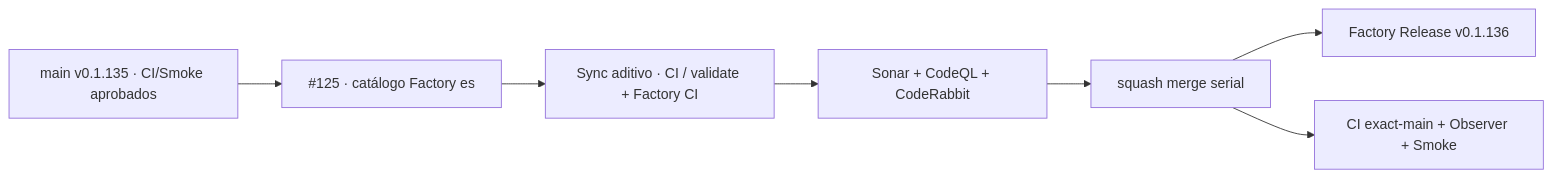
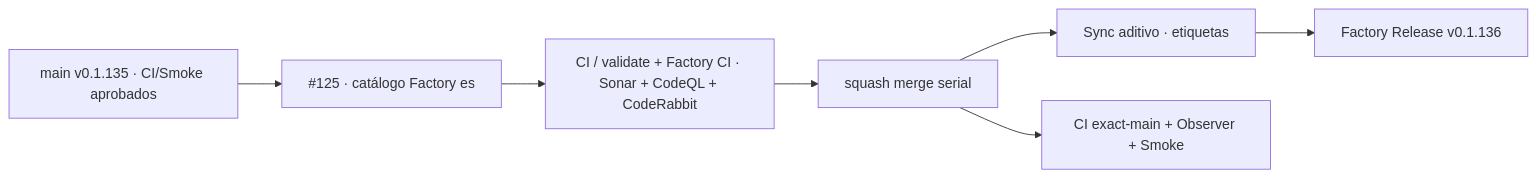
The diagram in README.md (pl0n3r/GrindFlow), drawn with Mermaid before and after one commit. The commit also changed other lines of this file and 1 other file, not shown here.

Commit message:
fix(governance): validar igualdad de dimensiones y documentar sync post-merge

````diff
--- a/README.md
+++ b/README.md
@@ -47,9 +47,9 @@
 ```mermaid
 flowchart LR
   A["main v0.1.135 · CI/Smoke aprobados"] --> P["#125 · catálogo Factory es"]
-  P --> F["Sync aditivo · CI / validate + Factory CI"]
-  F --> Q["Sonar + CodeQL + CodeRabbit"]
+  P --> Q["CI / validate + Factory CI · Sonar + CodeQL + CodeRabbit"]
   Q --> M["squash merge serial"]
-  M --> R["Factory Release v0.1.136"]
+  M --> F["Sync aditivo · etiquetas"]
+  F --> R["Factory Release v0.1.136"]
   M --> X["CI exact-main + Observer + Smoke"]
 ```
````
